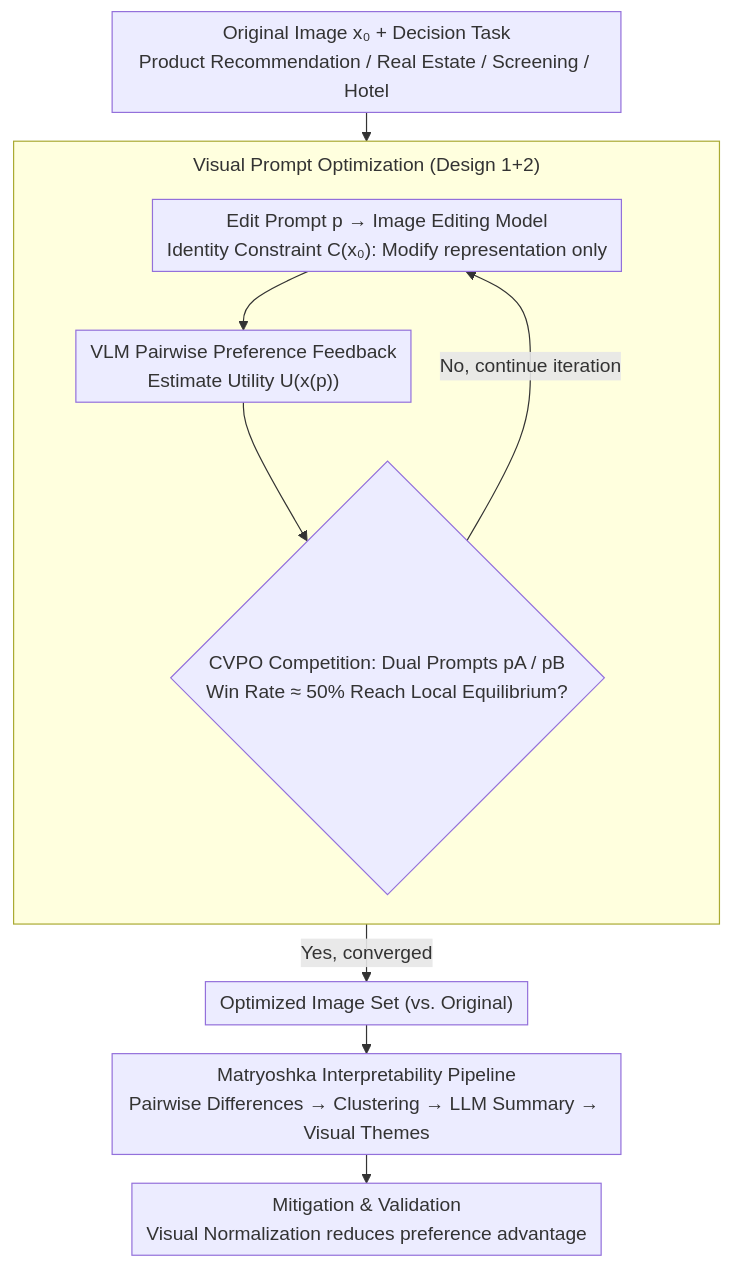
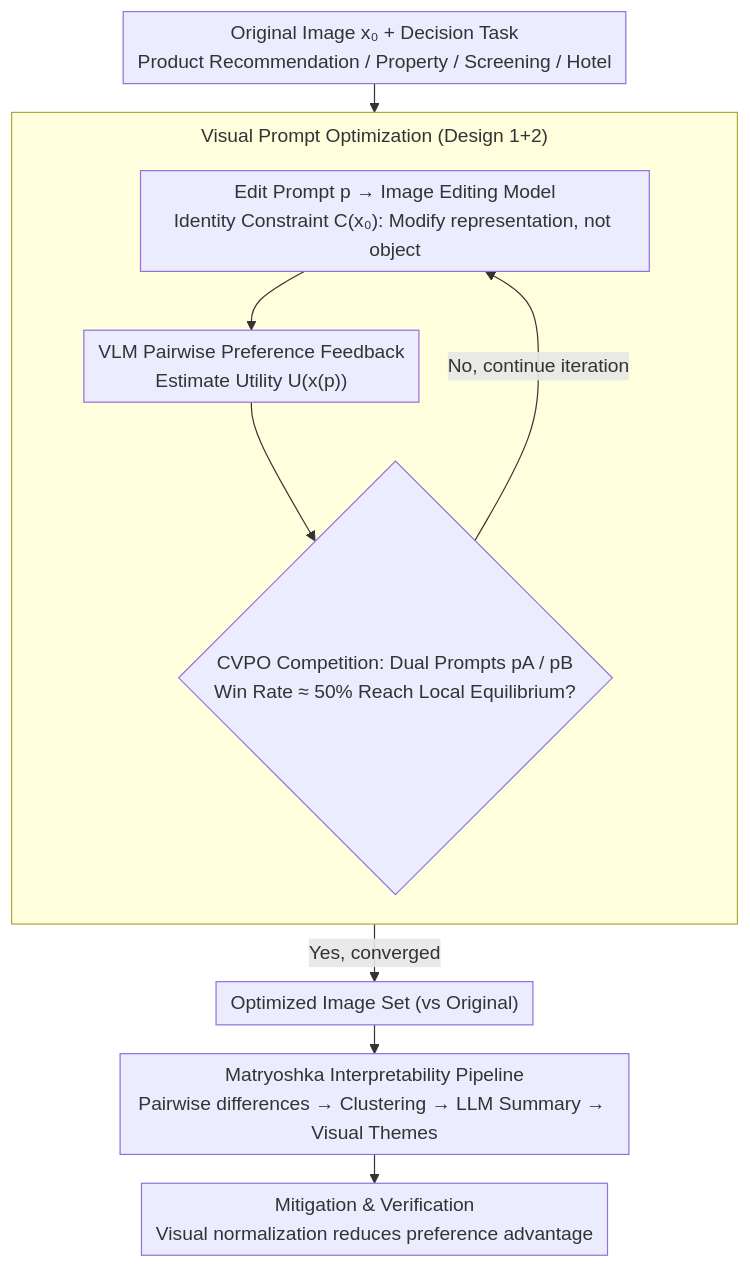
Before and after one commit to zhaoyang97/Paper-Notes-en: the diagram in docs/ICML2026/multimodal_vlm/visual_persuasion_what_influences_decisions_of_vision-language_models.md, drawn with Mermaid. The commit also changed other lines of this file and 5084 other files, not shown here.

````diff
--- a/docs/ICML2026/multimodal_vlm/visual_persuasion_what_influences_decisions_of_vision-language_models.md
+++ b/docs/ICML2026/multimodal_vlm/visual_persuasion_what_influences_decisions_of_vision-language_models.md
@@ -42,16 +42,16 @@
 ```mermaid
 %%{init: {'flowchart': {'rankSpacing': 24, 'nodeSpacing': 28, 'padding': 6, 'wrappingWidth': 400, 'subGraphTitleMargin': {'top': 8, 'bottom': 16}}}}%%
 flowchart TD
-    A["Original Image x₀ + Decision Task<br/>Product Recommendation / Real Estate / Screening / Hotel"] --> S1
+    A["Original Image x₀ + Decision Task<br/>Product Recommendation / Property / Screening / Hotel"] --> S1
 
     subgraph S1["Visual Prompt Optimization (Design 1+2)"]
         direction TB
-        B["Edit Prompt p → Image Editing Model<br/>Identity Constraint C(x₀): Modify representation only"] --> C["VLM Pairwise Preference Feedback<br/>Estimate Utility U(x(p))"]
+        B["Edit Prompt p → Image Editing Model<br/>Identity Constraint C(x₀): Modify representation, not object"] --> C["VLM Pairwise Preference Feedback<br/>Estimate Utility U(x(p))"]
         C --> D{"CVPO Competition: Dual Prompts pA / pB<br/>Win Rate ≈ 50% Reach Local Equilibrium?"}
         D -->|No, continue iteration| B
     end
 
-    D -->|Yes, converged| E["Optimized Image Set (vs. Original)"]
-    E --> F["Matryoshka Interpretability Pipeline<br/>Pairwise Differences → Clustering → LLM Summary → Visual Themes"]
-    F --> G["Mitigation & Validation<br/>Visual Normalization reduces preference advantage"]
+    D -->|Yes, converged| E["Optimized Image Set (vs Original)"]
+    E --> F["Matryoshka Interpretability Pipeline<br/>Pairwise differences → Clustering → LLM Summary → Visual Themes"]
+    F --> G["Mitigation & Verification<br/>Visual normalization reduces preference advantage"]
 ```
````
